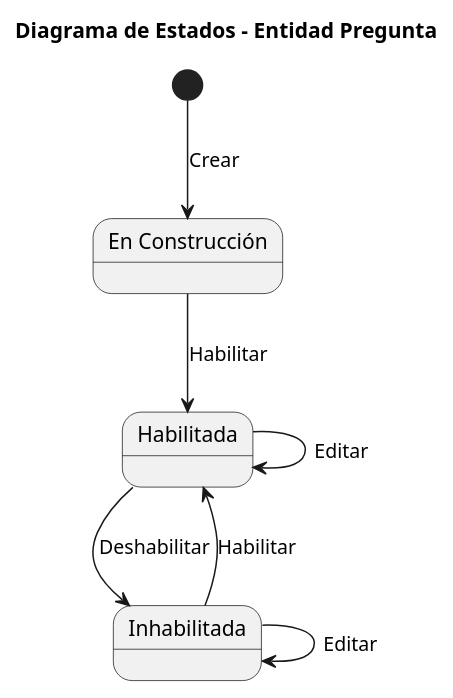
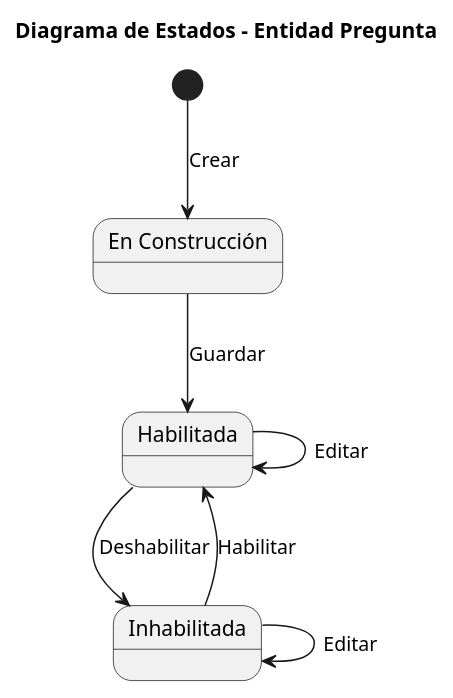
Before and after one commit to martinlopez7/25-26-IdSw1-SdR: the diagram in documents/modelos/diagramas/diagramaEstados/diagramaEstadosPregunta/diagramaEstadosPregunta.puml, drawn with PlantUML. The commit also changed other lines of this file and 8 other files, not shown here.

```diff
--- a/documents/modelos/diagramas/diagramaEstados/diagramaEstadosPregunta/diagramaEstadosPregunta.puml
+++ b/documents/modelos/diagramas/diagramaEstados/diagramaEstadosPregunta/diagramaEstadosPregunta.puml
@@ -1,16 +1,16 @@
 @startuml
 title Diagrama de Estados - Entidad Pregunta
 
 state "En Construcción" as construccion 
 state "Habilitada" as habilitada
 state "Inhabilitada" as inhabilitada 
 
 [*] --> construccion : Crear
-construccion --> habilitada : Habilitar
+construccion --> habilitada : Guardar
 
 habilitada --> inhabilitada : Deshabilitar
 inhabilitada --> habilitada : Habilitar
 
 habilitada --> habilitada : Editar
 inhabilitada --> inhabilitada : Editar
 @enduml
```
